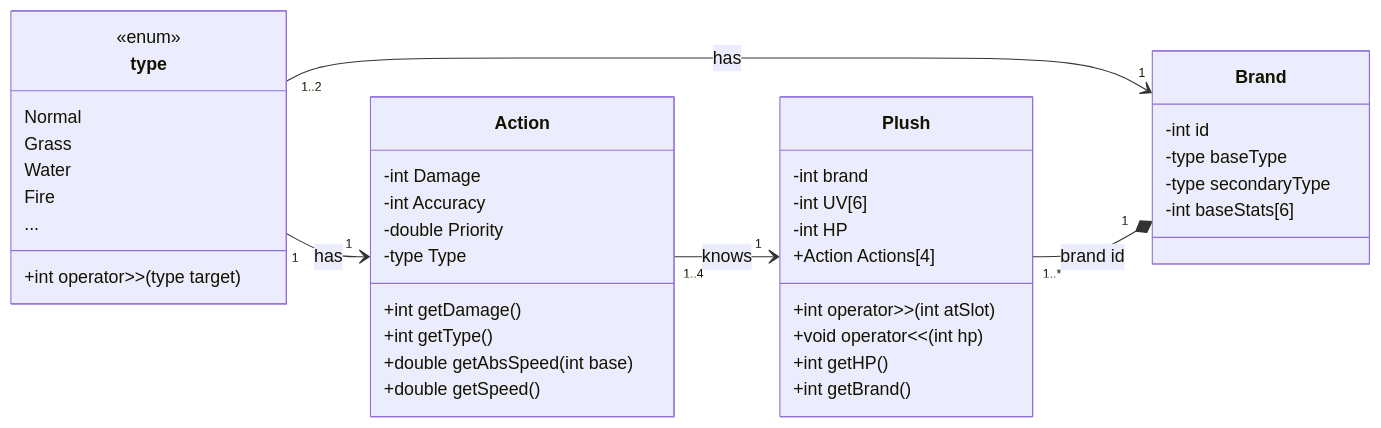
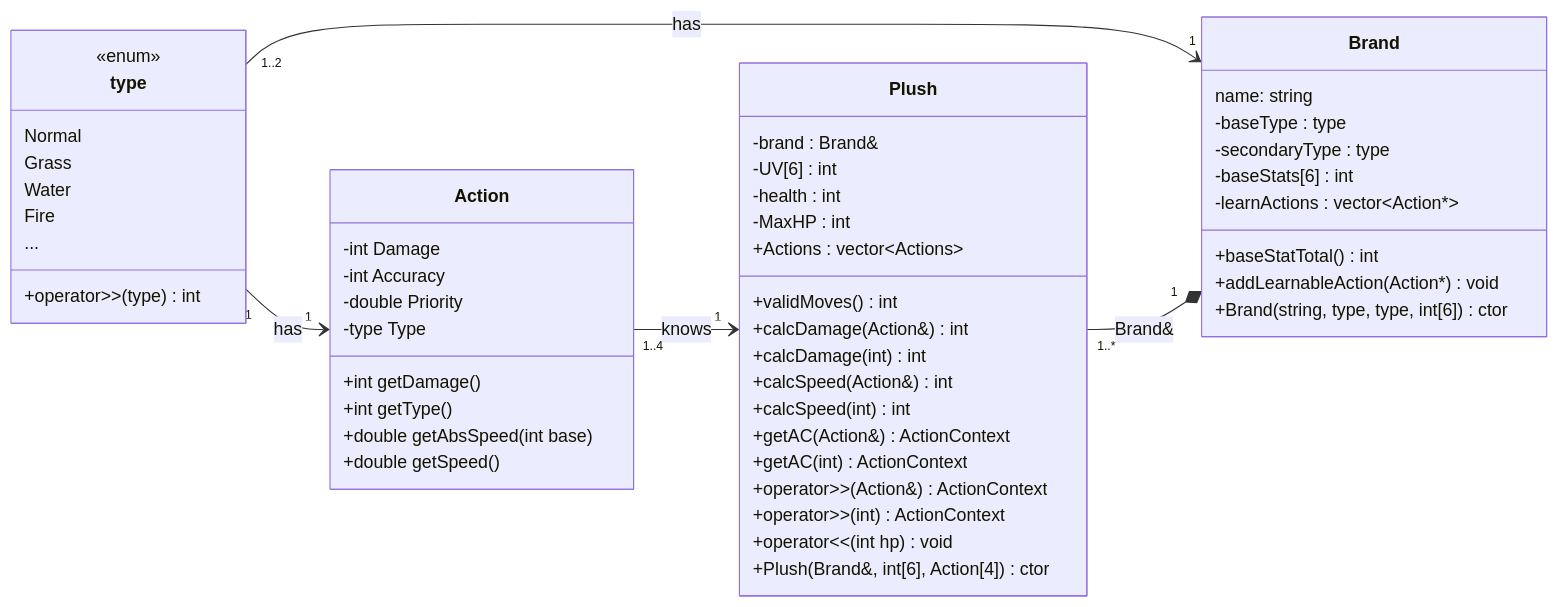
Before and after one commit to zsotroav/plushies: the second of 4 diagrams in plan.md, drawn with Mermaid. The commit also changed other lines of this file, not shown here.

````diff
--- a/plan.md
+++ b/plan.md
@@ -32,47 +49,64 @@
 ```mermaid
 classDiagram
     direction LR
     type "1..2" --> "1" Brand : has
     type "1" --> "1" Action : has
     Action "1..4" --> "1" Plush : knows
-    Plush "1..*" --* "1" Brand : brand id
+    Plush "1..*" --* "1" Brand : Brand&
 
     class Brand {
-        -int id
-        -type baseType
-        -type secondaryType
-        -int baseStats[6]
+        name: string
+        -baseType : type
+        -secondaryType : type
+        -baseStats[6] : int
+        -learnActions : vector&lt;Action*&gt;
+
+        +baseStatTotal() int
+        +addLearnableAction(Action*) void
+
+        +Brand(string, type, type, int[6]) ctor
     }
 
     class Plush {
-        -int brand
-        -int UV[6]
-        -int HP
-        +Action Actions[4] 
-        +int operator>>(int atSlot)
-        +void operator<<(int hp)
-        +int getHP()
-        +int getBrand()
+        -brand : Brand&
+        -UV[6] : int
+        -health : int
+        -MaxHP : int
+        +Actions : vector&lt;Actions&gt;
+
+        +validMoves() int
+        +calcDamage(Action&) int
+        +calcDamage(int) int
+        +calcSpeed(Action&) int
+        +calcSpeed(int) int
+        +getAC(Action&) ActionContext
+        +getAC(int) ActionContext
+
+        +operator>>(Action&) ActionContext
+        +operator>>(int) ActionContext
+        +operator<<(int hp) void
+
+        +Plush(Brand&, int[6], Action[4]) ctor
     }
 
     class type{
         <<enum>>
         Normal
         Grass
         Water
         Fire
         ...
-        +int operator>>(type target)
+        +operator>>(type) int
     }
 
     class Action {
         -int Damage
         -int Accuracy
         -double Priority
         -type Type
         +int getDamage()
         +int getType()
         +double getAbsSpeed(int base)
         +double getSpeed()
     }
 ```
````
